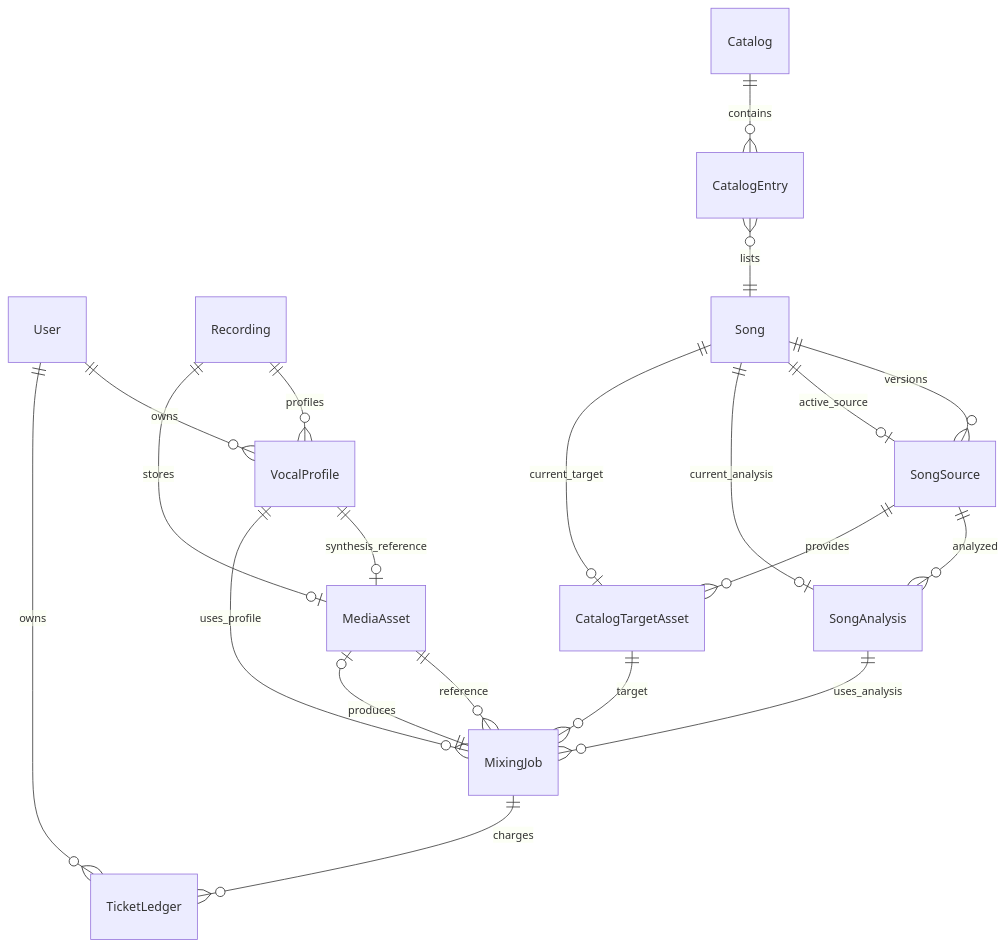
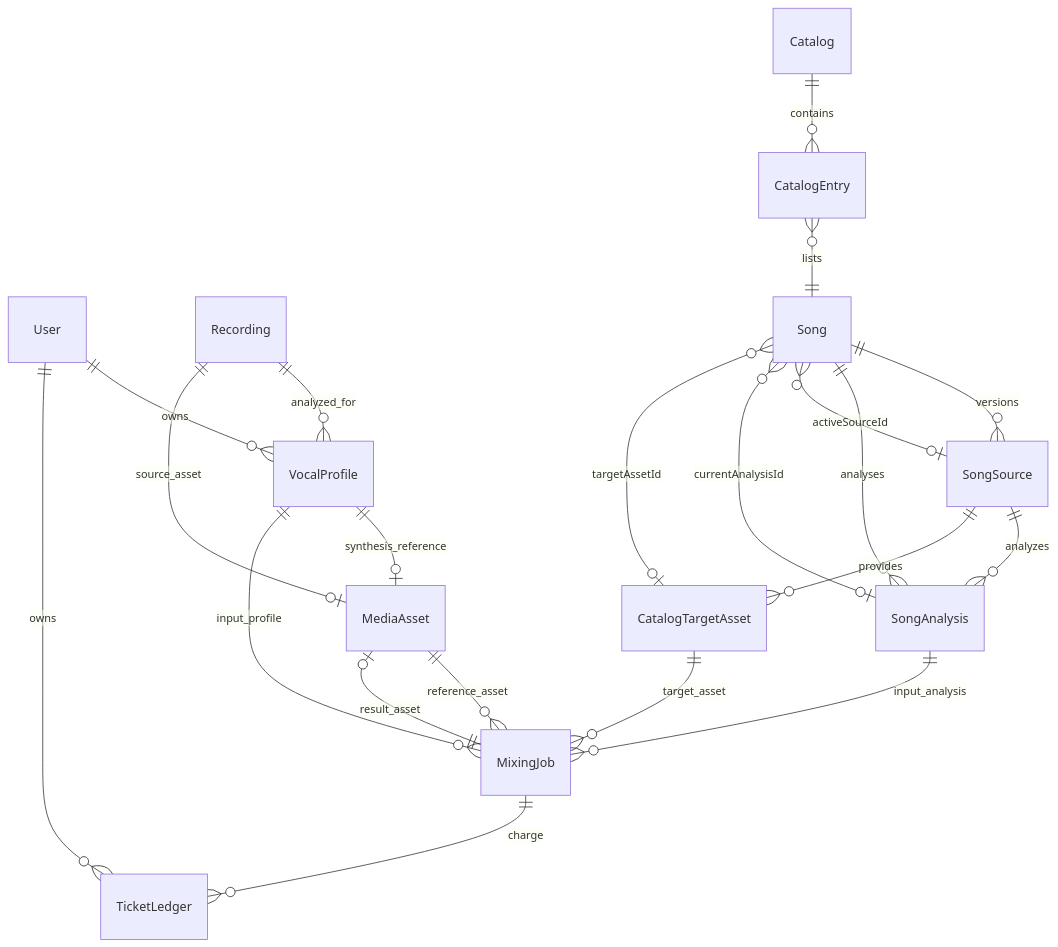
Before and after one commit to leey00nsu/copy-singer: the first of 2 diagrams in openwiki/concepts/domain-data-model.md, drawn with Mermaid. The commit also changed other lines of this file and 27 other files, not shown here.

````diff
--- a/openwiki/concepts/domain-data-model.md
+++ b/openwiki/concepts/domain-data-model.md
@@ -39,22 +50,23 @@
 ```mermaid
 erDiagram
     User ||--o{ VocalProfile : owns
-    Recording ||--o{ VocalProfile : profiles
-    Recording ||--o| MediaAsset : stores
+    Recording ||--o{ VocalProfile : analyzed_for
+    Recording ||--o| MediaAsset : source_asset
     VocalProfile ||--o| MediaAsset : synthesis_reference
     Song ||--o{ SongSource : versions
-    SongSource ||--o{ SongAnalysis : analyzed
-    Song ||--o| SongSource : active_source
-    Song ||--o| SongAnalysis : current_analysis
+    Song ||--o{ SongAnalysis : analyses
+    Song }o--o| SongSource : activeSourceId
+    Song }o--o| SongAnalysis : currentAnalysisId
+    SongSource ||--o{ SongAnalysis : analyzes
     SongSource ||--o{ CatalogTargetAsset : provides
-    Song ||--o| CatalogTargetAsset : current_target
     Catalog ||--o{ CatalogEntry : contains
     CatalogEntry }o--|| Song : lists
-    VocalProfile ||--o{ MixingJob : uses_profile
-    SongAnalysis ||--o{ MixingJob : uses_analysis
-    MediaAsset ||--o{ MixingJob : reference
-    CatalogTargetAsset ||--o{ MixingJob : target
-    MixingJob ||--o| MediaAsset : produces
-    MixingJob ||--o{ TicketLedger : charges
+    Song }o--o| CatalogTargetAsset : targetAssetId
+    VocalProfile ||--o{ MixingJob : input_profile
+    SongAnalysis ||--o{ MixingJob : input_analysis
+    MediaAsset ||--o{ MixingJob : reference_asset
+    CatalogTargetAsset ||--o{ MixingJob : target_asset
+    MixingJob ||--o| MediaAsset : result_asset
+    MixingJob ||--o{ TicketLedger : charge
     User ||--o{ TicketLedger : owns
 ```
````
